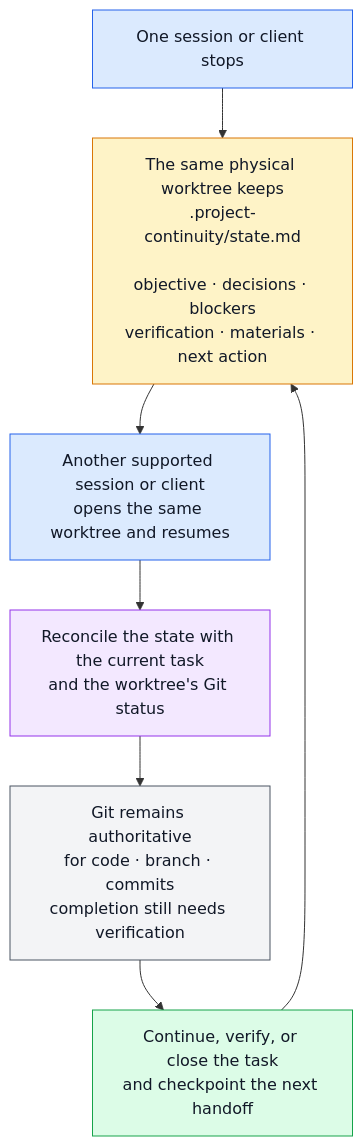
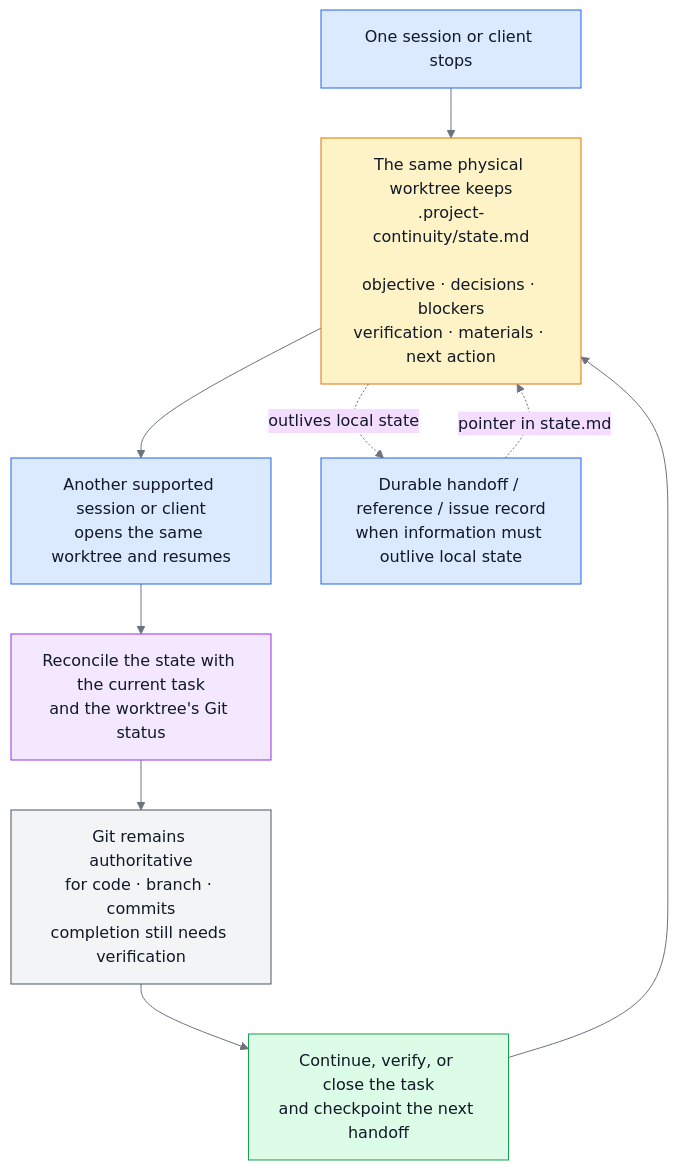
The third of 4 diagrams in README.md (sherrilla71940/dotfiles), drawn with Mermaid before and after one commit. The commit also changed other lines of this file and 30 other files, not shown here.

````diff
--- a/README.md
+++ b/README.md
@@ -177,17 +192,28 @@
 ```mermaid
+%%{init: {"theme": "base", "themeVariables": {"primaryTextColor": "#111827", "nodeTextColor": "#111827", "textColor": "#111827", "lineColor": "#6b7280"}, "flowchart": {"useMaxWidth": true}}}%%
 flowchart TD
     stop["One session or client stops"]:::handoff
     persist["The same physical worktree keeps<br/>.project-continuity/state.md<br/><br/>objective · decisions · blockers<br/>verification · materials · next action"]:::state
     resume["Another supported session or client<br/>opens the same worktree and resumes"]:::handoff
     reconcile["Reconcile the state with the current task<br/>and the worktree's Git status"]:::check
     git["Git remains authoritative<br/>for code · branch · commits<br/>completion still needs verification"]:::authority
     continue["Continue, verify, or close the task<br/>and checkpoint the next handoff"]:::work
+    durable["Durable handoff / reference / issue record<br/>when information must outlive local state"]:::handoff
 
     stop --> persist --> resume --> reconcile --> git --> continue --> persist
+    persist -. "outlives local state" .-> durable
+    durable -. "pointer in state.md" .-> persist
 
     classDef handoff fill:#dbeafe,stroke:#2563eb,color:#111827
     classDef state fill:#fef3c7,stroke:#d97706,color:#111827
     classDef check fill:#f3e8ff,stroke:#9333ea,color:#111827
     classDef authority fill:#f3f4f6,stroke:#4b5563,color:#111827
     classDef work fill:#dcfce7,stroke:#16a34a,color:#111827
+    style stop color:#111827
+    style persist color:#111827
+    style resume color:#111827
+    style reconcile color:#111827
+    style git color:#111827
+    style continue color:#111827
+    style durable color:#111827
 ```
````
